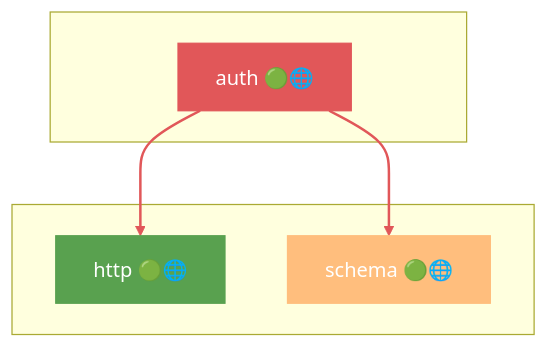
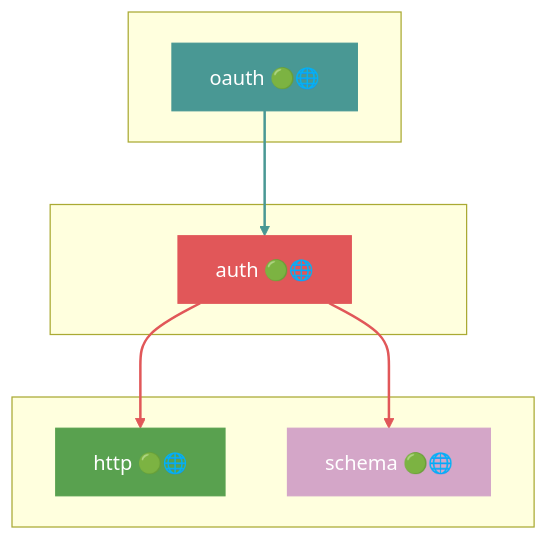
Before and after one commit to grest-ts/grest-ts: the fourth of 47 diagrams in docs/DEPENDENCIES.md, drawn with Mermaid. The commit also changed other lines of this file and 27 other files, not shown here.

First line of the commit message:
oauth: @grest-ts/oauth — OAuth 2.1 authorization server issuing @grest-ts/auth tokens

````diff
--- a/docs/DEPENDENCIES.md
+++ b/docs/DEPENDENCIES.md
@@ -509,17 +503,23 @@
 ```mermaid
 flowchart TB
+    subgraph Dependents[" "]
+        oauth["oauth 🟢🌐"]
+    end
     subgraph Package[" "]
         auth["auth 🟢🌐"]
     end
     subgraph Dependencies[" "]
         http["http 🟢🌐"]
         schema["schema 🟢🌐"]
     end
+    oauth --> auth
     auth --> http
     auth --> schema
     style auth fill:#E15759,stroke:#E15759,color:#fff
+    style oauth fill:#499894,stroke:#499894,color:#fff
     style http fill:#59A14F,stroke:#59A14F,color:#fff
-    style schema fill:#FFBE7D,stroke:#FFBE7D,color:#fff
-    linkStyle 0 stroke:#E15759,stroke-width:2px
+    style schema fill:#D4A6C8,stroke:#D4A6C8,color:#fff
+    linkStyle 0 stroke:#499894,stroke-width:2px
     linkStyle 1 stroke:#E15759,stroke-width:2px
+    linkStyle 2 stroke:#E15759,stroke-width:2px
 ```
````
